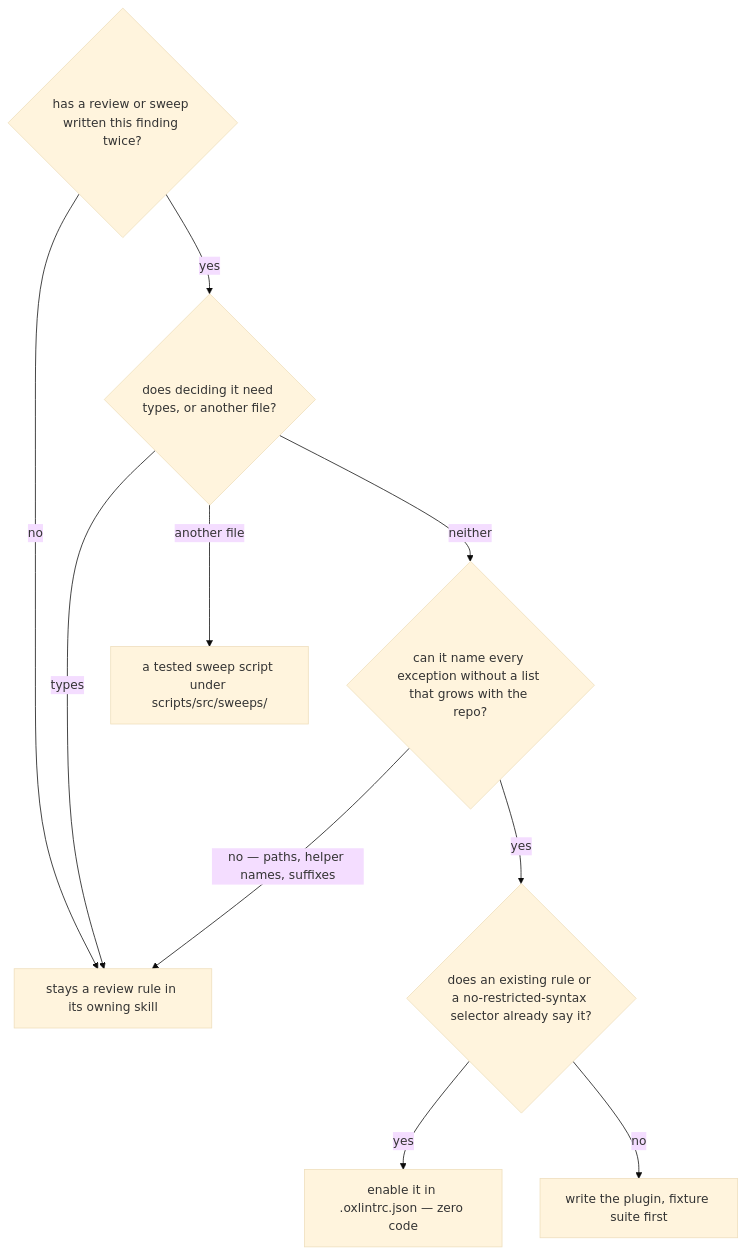
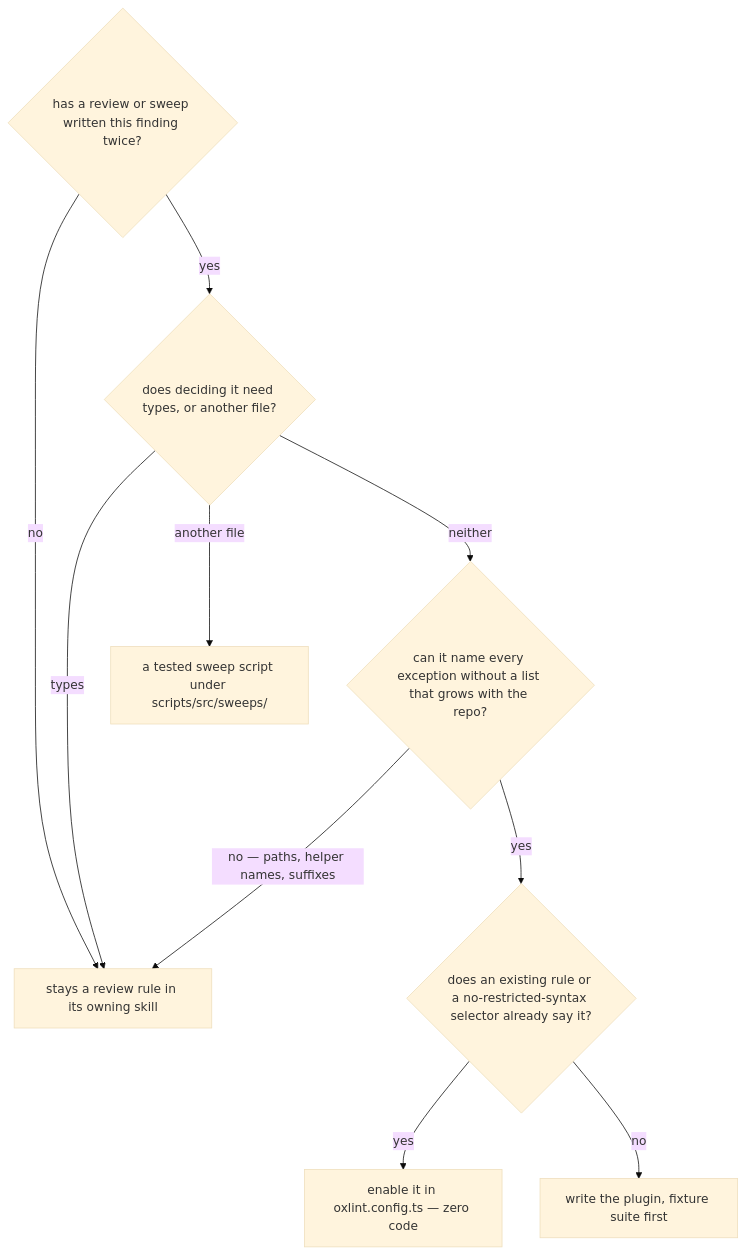
Before and after one commit to Esposter/Esposter: the diagram in .agents/skills/oxlint/references/custom-js-plugins.md, drawn with Mermaid (base theme). The commit also changed other lines of this file and 58 other files, not shown here.

````diff
--- a/.agents/skills/oxlint/references/custom-js-plugins.md
+++ b/.agents/skills/oxlint/references/custom-js-plugins.md
@@ -17,12 +17,12 @@
 ```mermaid
 flowchart TD
   RECUR{"has a review or sweep written this finding twice?"} -->|"no"| REVIEW["stays a review rule in its owning skill"]
   RECUR -->|"yes"| TYPES{"does deciding it need types, or another file?"}
   TYPES -->|"types"| REVIEW
   TYPES -->|"another file"| SCRIPT["a tested sweep script under scripts/src/sweeps/"]
   TYPES -->|"neither"| ROSTER{"can it name every exception without a list that grows with the repo?"}
   ROSTER -->|"no — paths, helper names, suffixes"| REVIEW
   ROSTER -->|"yes"| STOCK{"does an existing rule or a no-restricted-syntax selector already say it?"}
-  STOCK -->|"yes"| CONFIG["enable it in .oxlintrc.json — zero code"]
+  STOCK -->|"yes"| CONFIG["enable it in oxlint.config.ts — zero code"]
   STOCK -->|"no"| PLUGIN["write the plugin, fixture suite first"]
 ```
````
